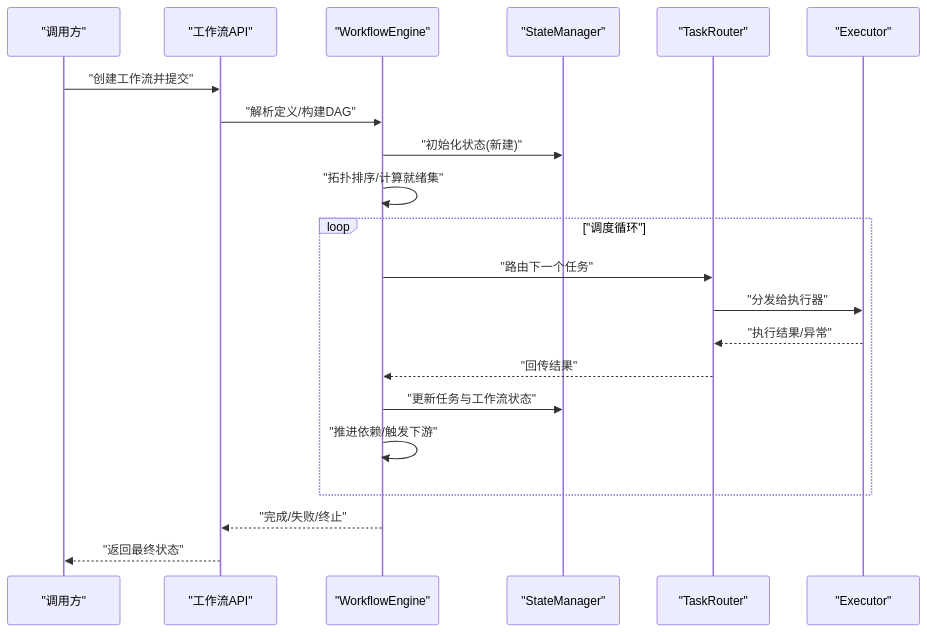
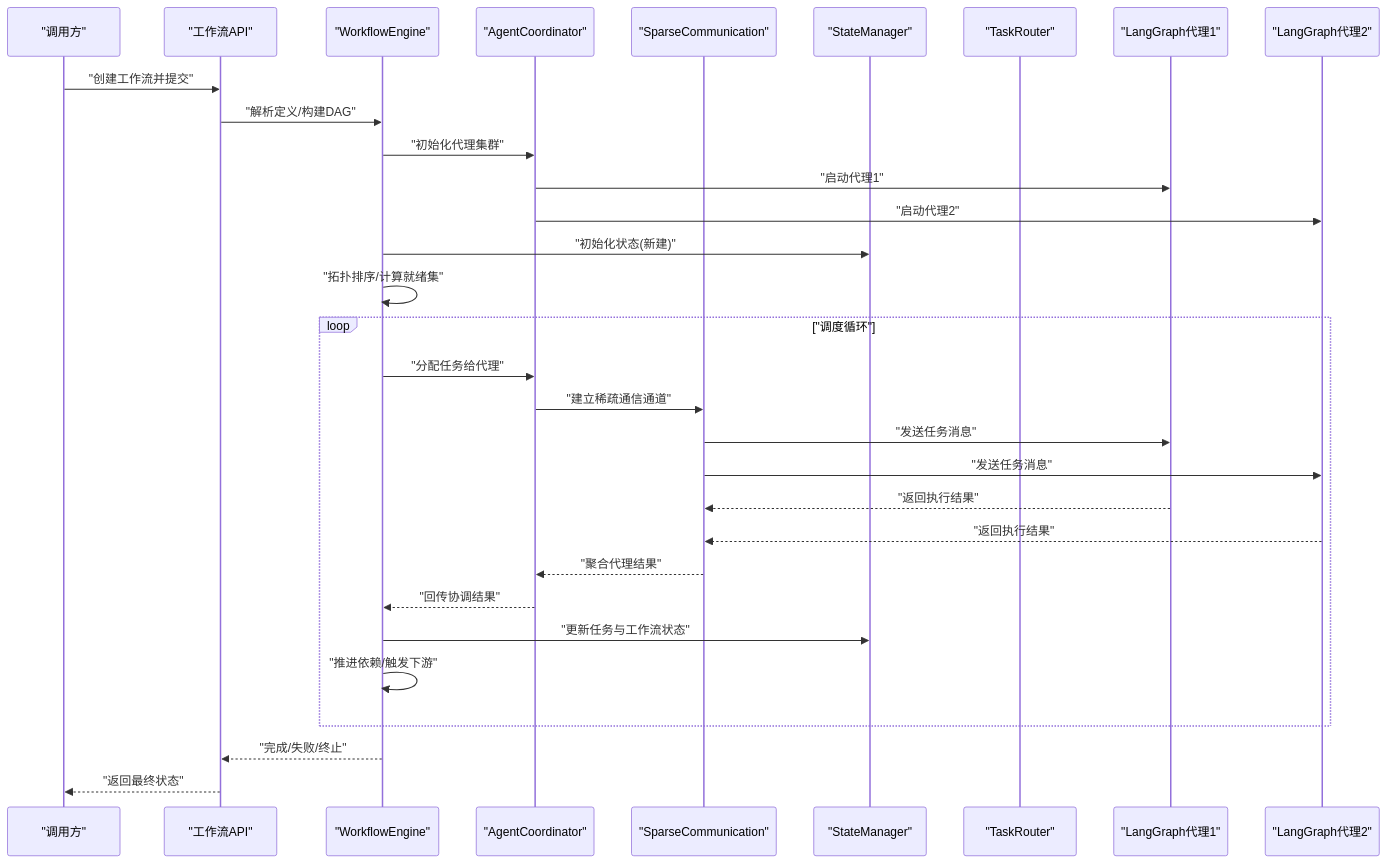
The fourth of 6 diagrams in .qoder/repowiki/zh/content/核心架构/工作流引擎.md (QuStarry/VIB-SparseCommunication), drawn with Mermaid before and after one commit. The commit also changed other lines of this file and 28 other files, not shown here.

````diff
--- a/.qoder/repowiki/zh/content/核心架构/工作流引擎.md
+++ b/.qoder/repowiki/zh/content/核心架构/工作流引擎.md
@@ -249,23 +306,33 @@
 ```mermaid
 sequenceDiagram
 participant Client as "调用方"
 participant API as "工作流API"
 participant Engine as "WorkflowEngine"
+participant Coord as "AgentCoordinator"
+participant Comm as "SparseCommunication"
 participant State as "StateManager"
 participant Router as "TaskRouter"
-participant Exec as "Executor"
+participant Agent1 as "LangGraph代理1"
+participant Agent2 as "LangGraph代理2"
 Client->>API : "创建工作流并提交"
 API->>Engine : "解析定义/构建DAG"
+Engine->>Coord : "初始化代理集群"
+Coord->>Agent1 : "启动代理1"
+Coord->>Agent2 : "启动代理2"
 Engine->>State : "初始化状态(新建)"
 Engine->>Engine : "拓扑排序/计算就绪集"
 loop "调度循环"
-Engine->>Router : "路由下一个任务"
-Router->>Exec : "分发给执行器"
-Exec-->>Router : "执行结果/异常"
-Router-->>Engine : "回传结果"
+Engine->>Coord : "分配任务给代理"
+Coord->>Comm : "建立稀疏通信通道"
+Comm->>Agent1 : "发送任务消息"
+Comm->>Agent2 : "发送任务消息"
+Agent1-->>Comm : "返回执行结果"
+Agent2-->>Comm : "返回执行结果"
+Comm-->>Coord : "聚合代理结果"
+Coord-->>Engine : "回传协调结果"
 Engine->>State : "更新任务与工作流状态"
 Engine->>Engine : "推进依赖/触发下游"
 end
 Engine-->>API : "完成/失败/终止"
 API-->>Client : "返回最终状态"
 ```
````
